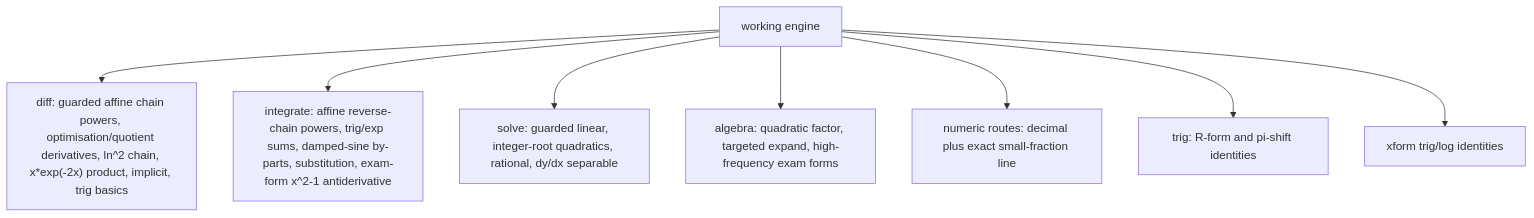
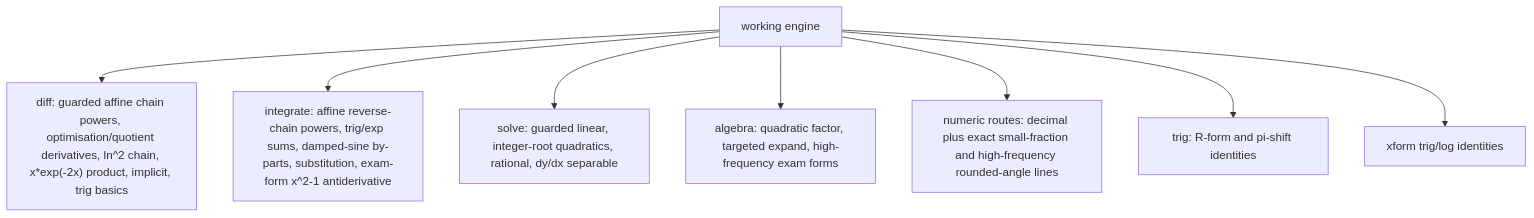
The third of 6 diagrams in docs/GRAPH.md (james8464/notes-addin-casio-fx-cg50), drawn with Mermaid before and after one commit. The commit also changed other lines of this file and 3 other files, not shown here.

````diff
--- a/docs/GRAPH.md
+++ b/docs/GRAPH.md
@@ -36,10 +36,10 @@
 ```mermaid
 graph TD
   Work["working engine"] --> Diff["diff: guarded affine chain powers, optimisation/quotient derivatives, ln^2 chain, x*exp(-2x) product, implicit, trig basics"]
   Work --> Int["integrate: affine reverse-chain powers, trig/exp sums, damped-sine by-parts, substitution, exam-form x^2-1 antiderivative"]
   Work --> Solve["solve: guarded linear, integer-root quadratics, rational, dy/dx separable"]
   Work --> Alg["algebra: quadratic factor, targeted expand, high-frequency exam forms"]
-  Work --> Num["numeric routes: decimal plus exact small-fraction line"]
+  Work --> Num["numeric routes: decimal plus exact small-fraction and high-frequency rounded-angle lines"]
   Work --> Trig["trig: R-form and pi-shift identities"]
   Work --> Xform["xform trig/log identities"]
 ```
````
